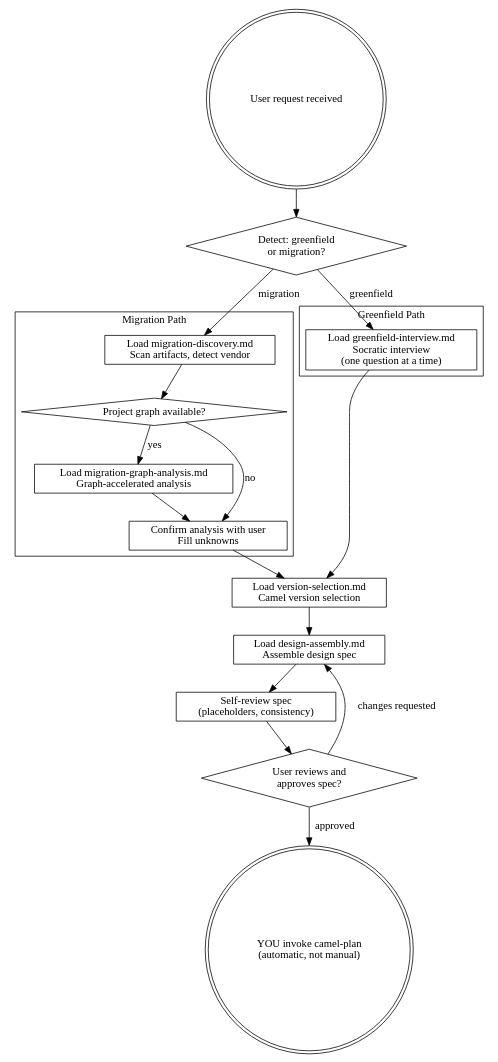
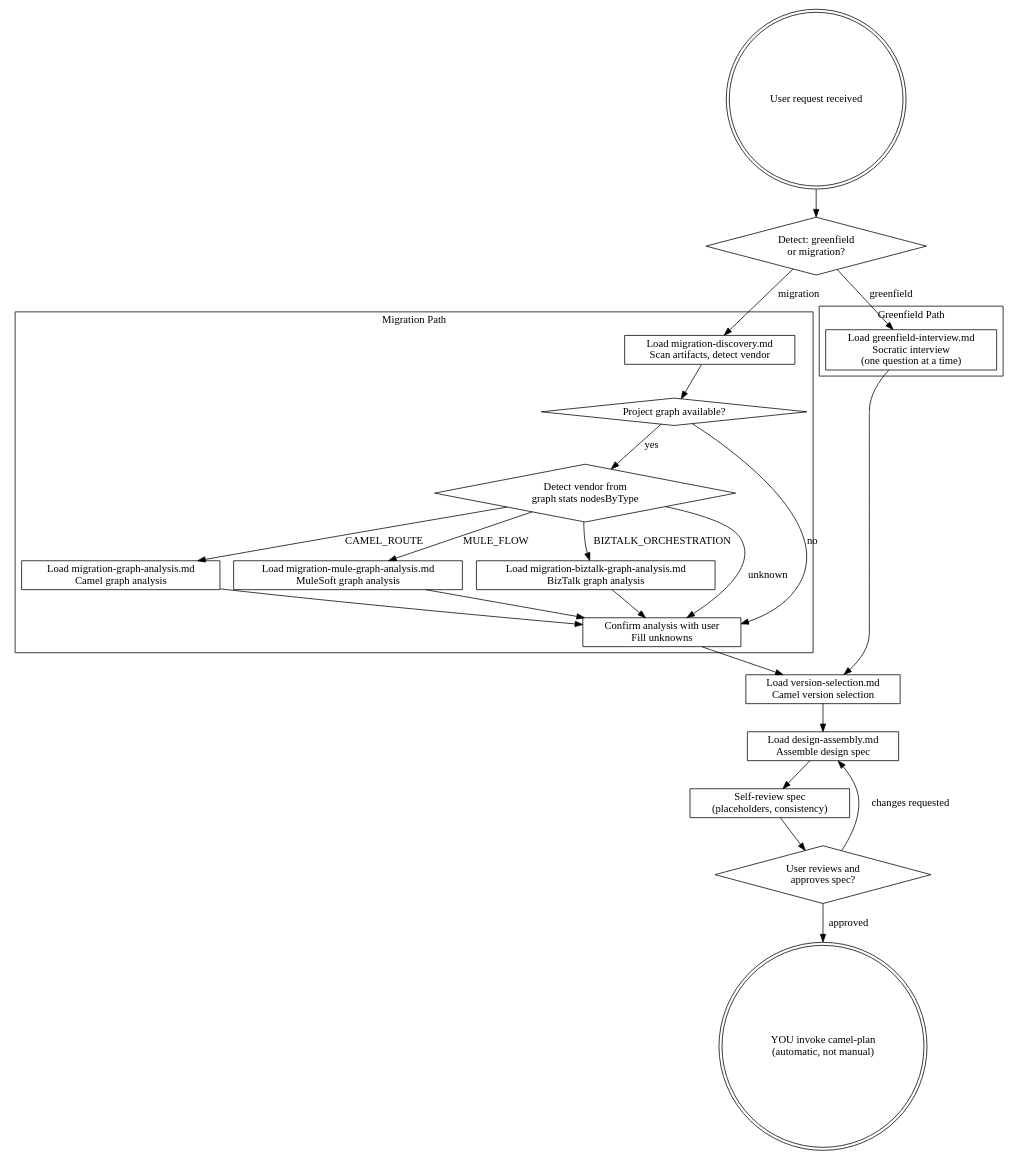
Before and after one commit to luigidemasi/camel-kit: the diagram in camel-kit-core/src/main/resources/skills/camel-brainstorm/SKILL.md, drawn with Graphviz. The commit also changed 4 other files, not shown here.

First line of the commit message:
fix #84: add graph-accelerated analysis for MuleSoft and BizTalk migrations

````diff
--- a/camel-kit-core/src/main/resources/skills/camel-brainstorm/SKILL.md
+++ b/camel-kit-core/src/main/resources/skills/camel-brainstorm/SKILL.md
@@ -85,45 +85,54 @@
 ```dot
 digraph brainstorm {
     rankdir=TB;
     
     start [label="User request received", shape=doublecircle];
     detect [label="Detect: greenfield\nor migration?", shape=diamond];
     
     subgraph cluster_greenfield {
         label="Greenfield Path";
         gf_interview [label="Load greenfield-interview.md\nSocratic interview\n(one question at a time)", shape=box];
     }
     
     subgraph cluster_migration {
         label="Migration Path";
         mg_discovery [label="Load migration-discovery.md\nScan artifacts, detect vendor", shape=box];
         mg_graph [label="Project graph available?", shape=diamond];
-        mg_graph_analysis [label="Load migration-graph-analysis.md\nGraph-accelerated analysis", shape=box];
+        mg_vendor [label="Detect vendor from\ngraph stats nodesByType", shape=diamond];
+        mg_graph_camel [label="Load migration-graph-analysis.md\nCamel graph analysis", shape=box];
+        mg_graph_mule [label="Load migration-mule-graph-analysis.md\nMuleSoft graph analysis", shape=box];
+        mg_graph_biztalk [label="Load migration-biztalk-graph-analysis.md\nBizTalk graph analysis", shape=box];
         mg_confirm [label="Confirm analysis with user\nFill unknowns", shape=box];
     }
     
     version [label="Load version-selection.md\nCamel version selection", shape=box];
     design [label="Load design-assembly.md\nAssemble design spec", shape=box];
     review [label="Self-review spec\n(placeholders, consistency)", shape=box];
     user_approve [label="User reviews and\napproves spec?", shape=diamond];
     plan [label="YOU invoke camel-plan\n(automatic, not manual)", shape=doublecircle];
     
     start -> detect;
     detect -> gf_interview [label="greenfield"];
     detect -> mg_discovery [label="migration"];
     
     gf_interview -> version;
     
     mg_discovery -> mg_graph;
-    mg_graph -> mg_graph_analysis [label="yes"];
+    mg_graph -> mg_vendor [label="yes"];
     mg_graph -> mg_confirm [label="no"];
-    mg_graph_analysis -> mg_confirm;
+    mg_vendor -> mg_graph_camel [label="CAMEL_ROUTE"];
+    mg_vendor -> mg_graph_mule [label="MULE_FLOW"];
+    mg_vendor -> mg_graph_biztalk [label="BIZTALK_ORCHESTRATION"];
+    mg_vendor -> mg_confirm [label="unknown"];
+    mg_graph_camel -> mg_confirm;
+    mg_graph_mule -> mg_confirm;
+    mg_graph_biztalk -> mg_confirm;
     mg_confirm -> version;
     
     version -> design;
     design -> review;
     review -> user_approve;
     user_approve -> design [label="changes requested"];
     user_approve -> plan [label="approved"];
 }
 ```
````
